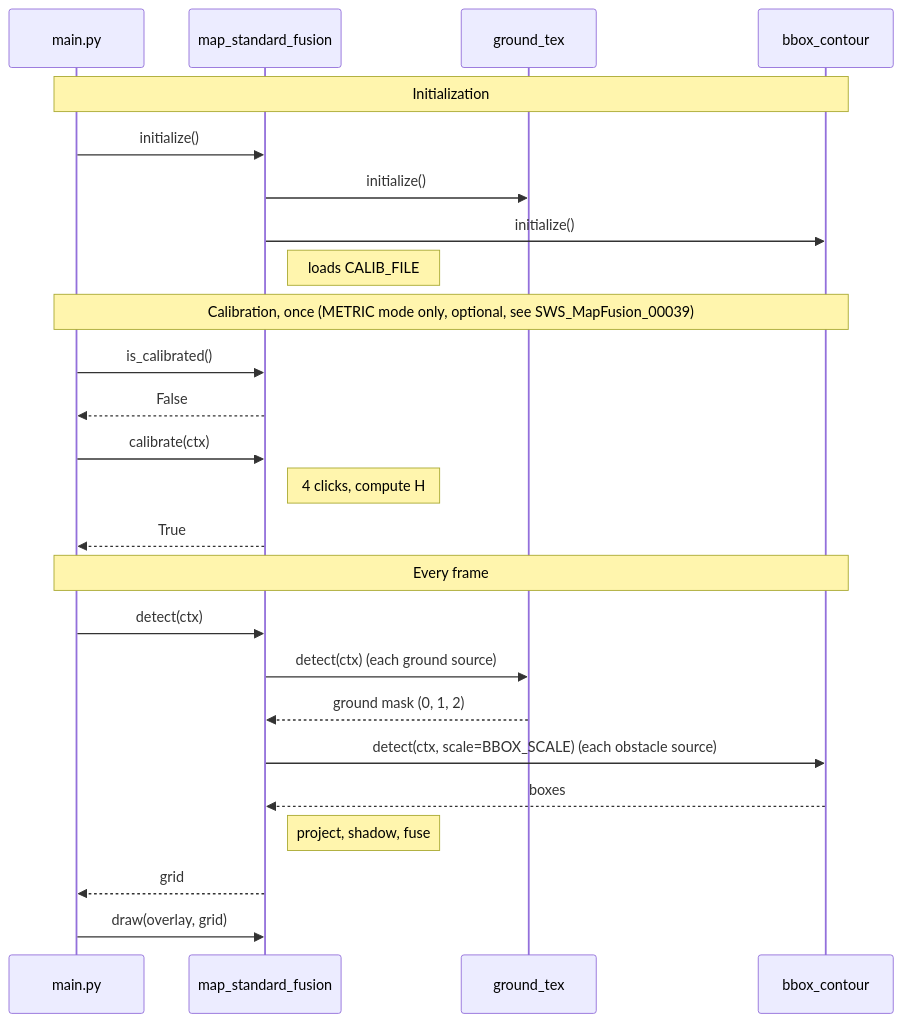
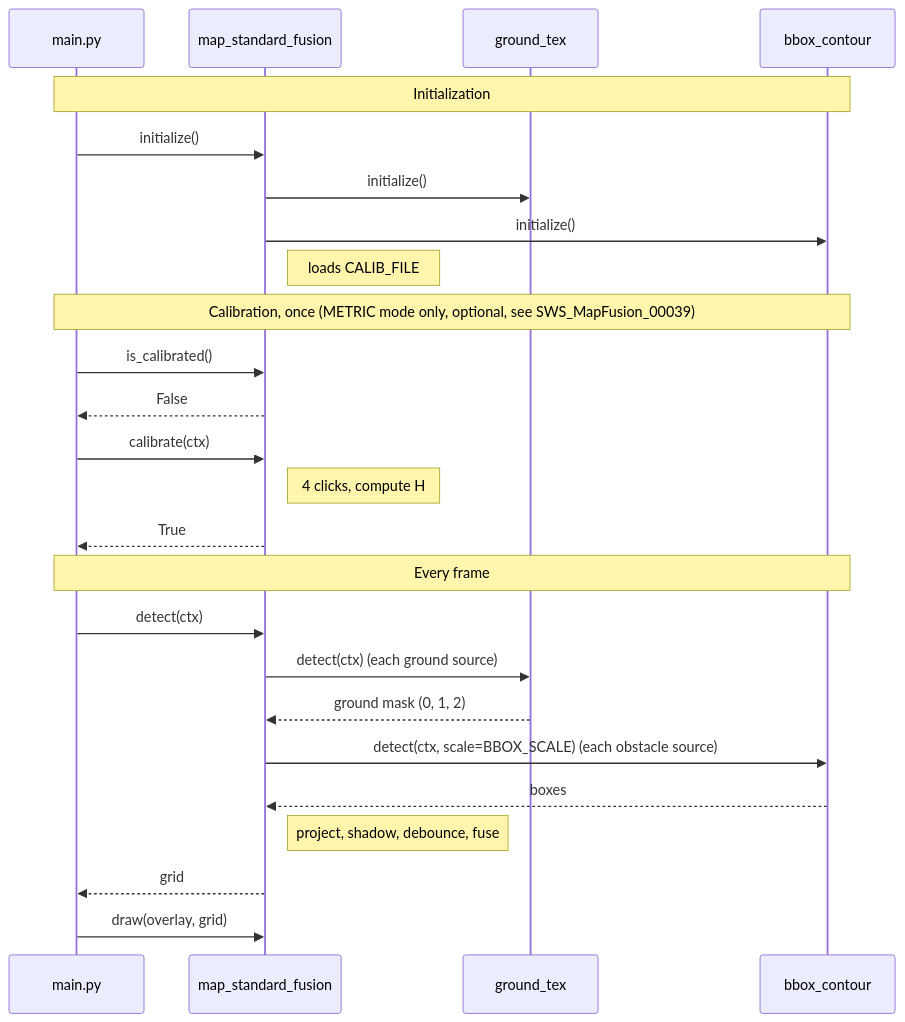
One commit to ToCap/MindstormObjectDetection changed the diagram in MID/MID/map_standard_fusion.md. Above: the diagram before and after it, drawn with Mermaid. The commit also changed other lines of this file and 2 other files, not shown here.

````diff
--- a/MID/MID/map_standard_fusion.md
+++ b/MID/MID/map_standard_fusion.md
@@ -258,30 +266,30 @@
 ```mermaid
 sequenceDiagram
     participant M as main.py
     participant F as map_standard_fusion
     participant G as ground_tex
     participant B as bbox_contour
 
     Note over M,B: Initialization
     M->>F: initialize()
     F->>G: initialize()
     F->>B: initialize()
     Note right of F: loads CALIB_FILE
 
     Note over M,B: Calibration, once (METRIC mode only, optional, see SWS_MapFusion_00039)
     M->>F: is_calibrated()
     F-->>M: False
     M->>F: calibrate(ctx)
     Note right of F: 4 clicks, compute H
     F-->>M: True
 
     Note over M,B: Every frame
     M->>F: detect(ctx)
     F->>G: detect(ctx) (each ground source)
     G-->>F: ground mask (0, 1, 2)
     F->>B: detect(ctx, scale=BBOX_SCALE) (each obstacle source)
     B-->>F: boxes
-    Note right of F: project, shadow, fuse
+    Note right of F: project, shadow, debounce, fuse
     F-->>M: grid
     M->>F: draw(overlay, grid)
 ```
````
